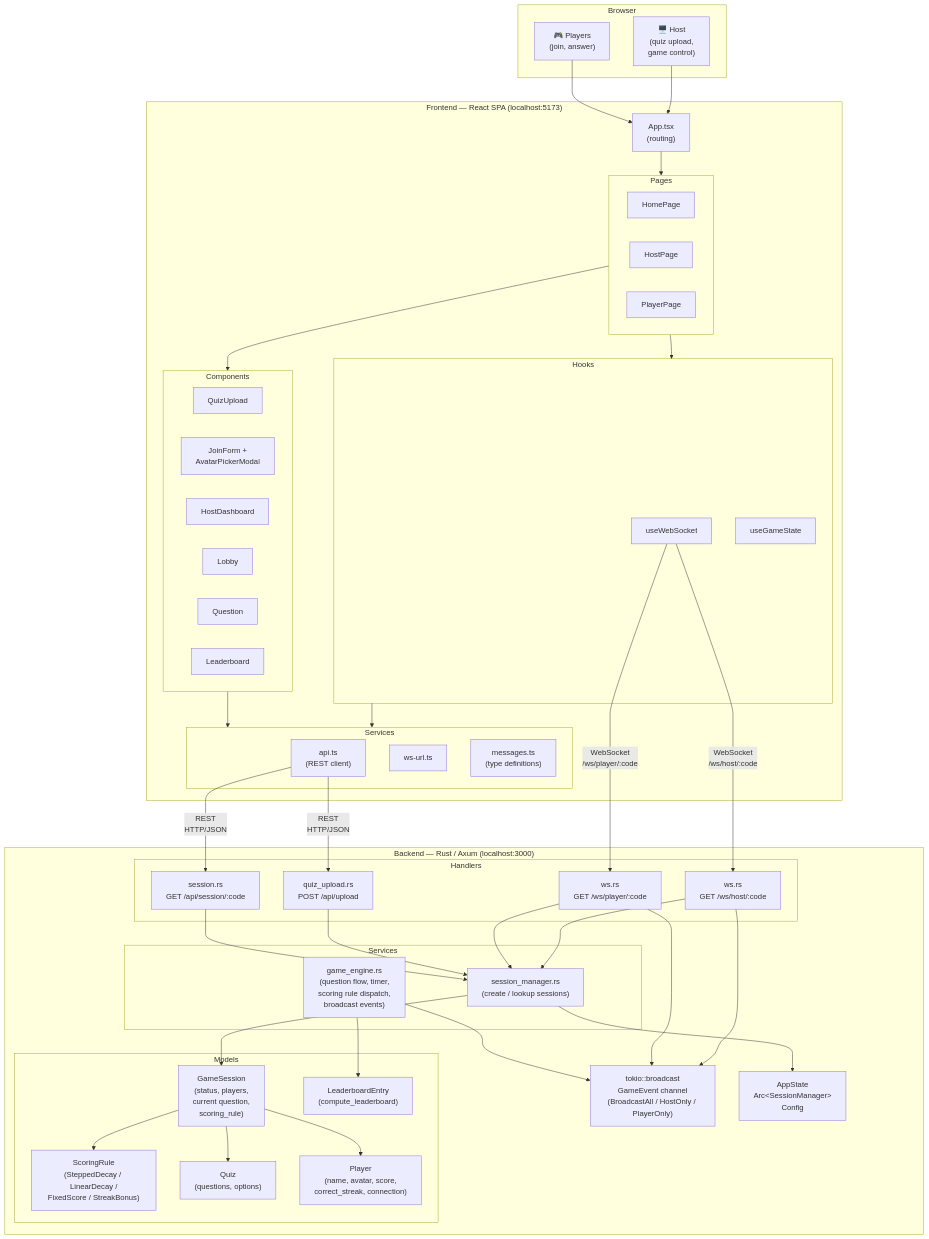
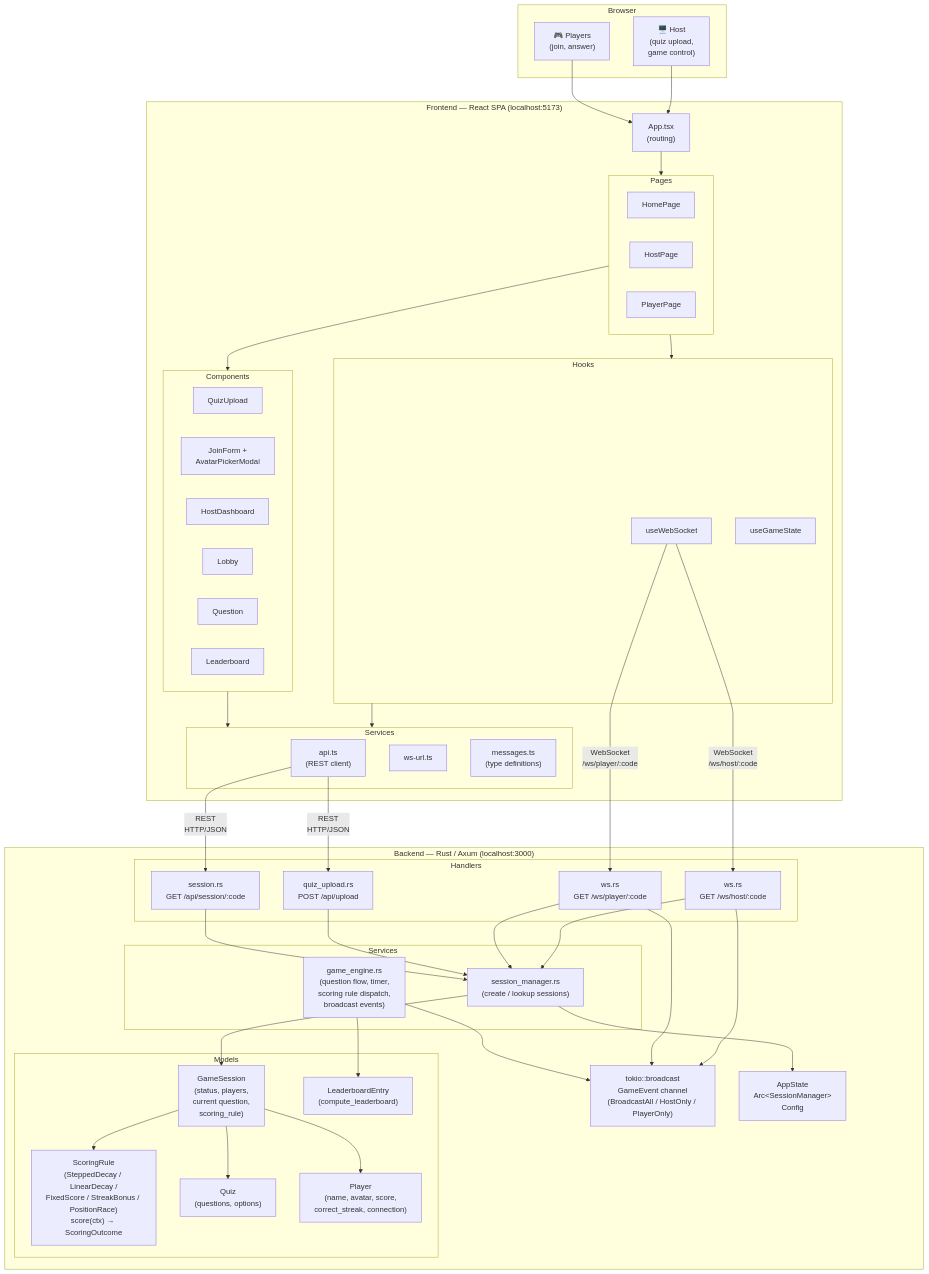
The diagram in docs/diagrams/architecture.mmd (campeis/quiz-game), drawn with Mermaid before and after one commit. The commit also changed 8 other files, not shown here.

First line of the commit message:
docs: update architecture and diagrams for scoring refactor

```diff
--- a/docs/diagrams/architecture.mmd
+++ b/docs/diagrams/architecture.mmd
@@ -1,89 +1,89 @@
 graph TB
     subgraph Browser["Browser"]
         Host["🖥️ Host<br/>(quiz upload,<br/>game control)"]
         Player["🎮 Players<br/>(join, answer)"]
     end
 
     subgraph Frontend["Frontend — React SPA (localhost:5173)"]
         App["App.tsx<br/>(routing)"]
 
         subgraph Pages["Pages"]
             HomePage["HomePage"]
             HostPage["HostPage"]
             PlayerPage["PlayerPage"]
         end
 
         subgraph Hooks["Hooks"]
             useWS["useWebSocket"]
             useGS["useGameState"]
         end
 
         subgraph Components["Components"]
             QuizUpload["QuizUpload"]
             JoinForm["JoinForm +<br/>AvatarPickerModal"]
             HostDashboard["HostDashboard"]
             Lobby["Lobby"]
             Question["Question"]
             Leaderboard["Leaderboard"]
         end
 
         subgraph Services["Services"]
             API["api.ts<br/>(REST client)"]
             WsUrl["ws-url.ts"]
             Messages["messages.ts<br/>(type definitions)"]
         end
     end
 
     subgraph Backend["Backend — Rust / Axum (localhost:3000)"]
         subgraph Handlers["Handlers"]
             QuizUploadH["quiz_upload.rs<br/>POST /api/upload"]
             SessionH["session.rs<br/>GET /api/session/:code"]
             WsHostH["ws.rs<br/>GET /ws/host/:code"]
             WsPlayerH["ws.rs<br/>GET /ws/player/:code"]
         end
 
         subgraph Services_BE["Services"]
             SessionMgr["session_manager.rs<br/>(create / lookup sessions)"]
             GameEngine["game_engine.rs<br/>(question flow, timer,<br/>scoring rule dispatch,<br/>broadcast events)"]
         end
 
         subgraph Models["Models"]
             SessionM["GameSession<br/>(status, players,<br/>current question,<br/>scoring_rule)"]
-            ScoringRule["ScoringRule<br/>(SteppedDecay / LinearDecay /<br/>FixedScore / StreakBonus)"]
+            ScoringRule["ScoringRule<br/>(SteppedDecay / LinearDecay /<br/>FixedScore / StreakBonus / PositionRace)<br/>score(ctx) → ScoringOutcome"]
             QuizM["Quiz<br/>(questions, options)"]
             PlayerM["Player<br/>(name, avatar, score,<br/>correct_streak, connection)"]
             Leaderboard_BE["LeaderboardEntry<br/>(compute_leaderboard)"]
         end
 
         Broadcast["tokio::broadcast<br/>GameEvent channel<br/>(BroadcastAll / HostOnly / PlayerOnly)"]
         State["AppState<br/>Arc&lt;SessionManager&gt;<br/>Config"]
     end
 
     Host --> App
     Player --> App
     App --> Pages
     Pages --> Hooks
     Pages --> Components
     Hooks --> Services
     Components --> Services
 
     API -- "REST<br/>HTTP/JSON" --> QuizUploadH
     API -- "REST<br/>HTTP/JSON" --> SessionH
     useWS -- "WebSocket<br/>/ws/host/:code" --> WsHostH
     useWS -- "WebSocket<br/>/ws/player/:code" --> WsPlayerH
 
     WsHostH --> SessionMgr
     WsHostH --> Broadcast
     WsPlayerH --> SessionMgr
     WsPlayerH --> Broadcast
     QuizUploadH --> SessionMgr
     SessionH --> SessionMgr
 
     SessionMgr --> State
     GameEngine --> Broadcast
     GameEngine --> Leaderboard_BE
 
     SessionMgr --> SessionM
     SessionM --> ScoringRule
     SessionM --> QuizM
     SessionM --> PlayerM
```
